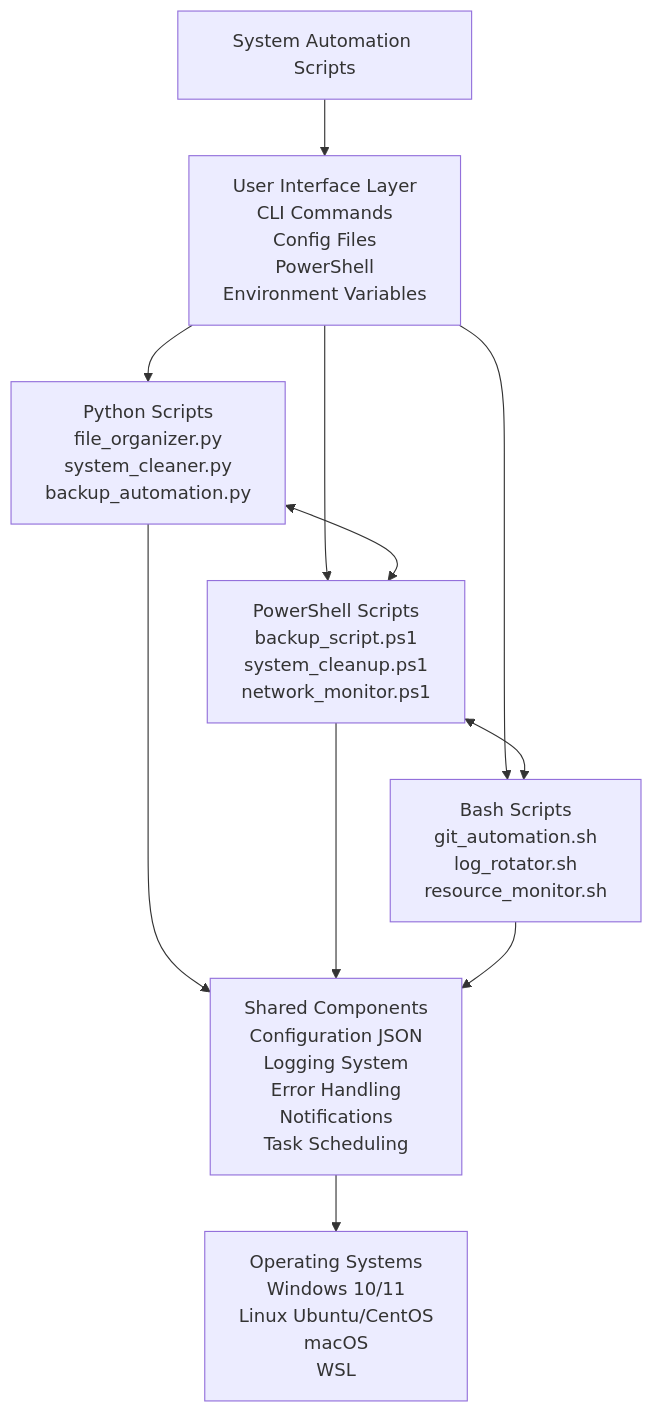
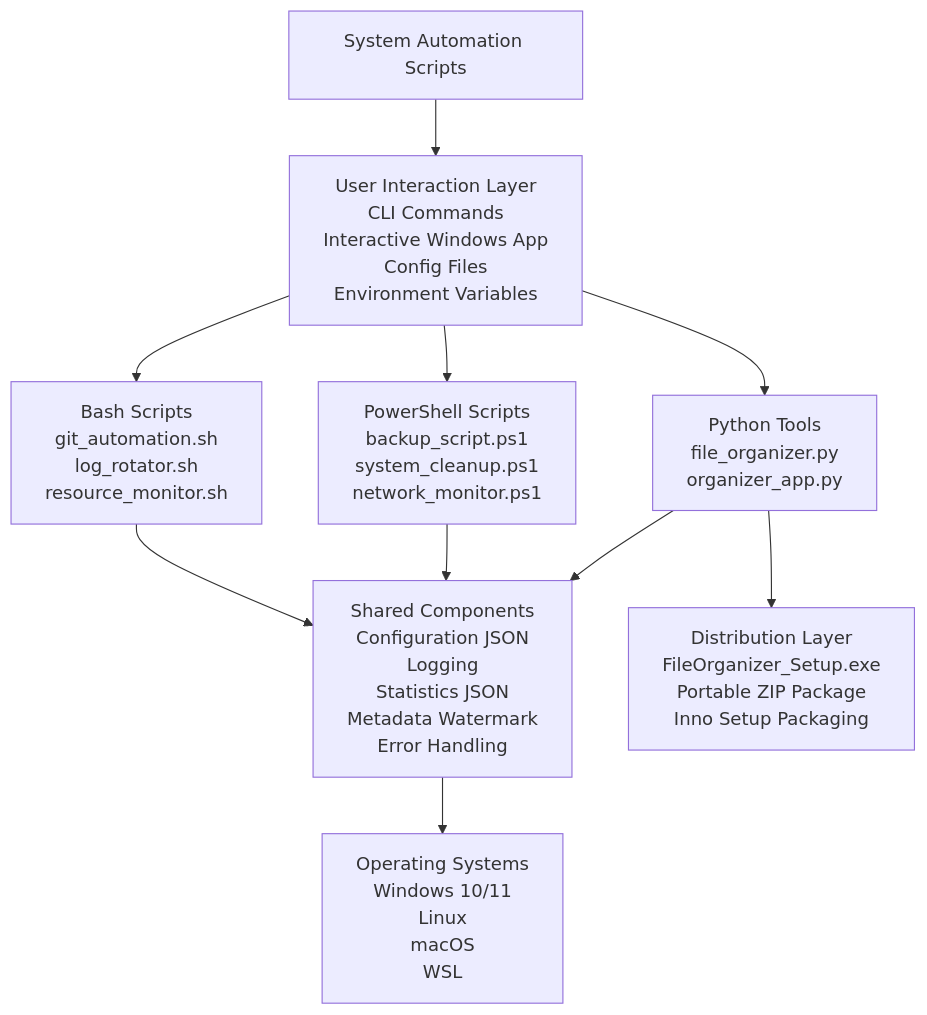
Before and after one commit to dianadesiree/system-automation-scripts: the diagram in README.md, drawn with Mermaid. The commit also changed other lines of this file, not shown here.

````diff
--- a/README.md
+++ b/README.md
@@ -91,27 +117,27 @@
 ```mermaid
 flowchart TD
     A[System Automation Scripts]
 
-    B[User Interface Layer<br/>CLI Commands<br/>Config Files<br/>PowerShell<br/>Environment Variables]
+    B[User Interaction Layer<br/>CLI Commands<br/>Interactive Windows App<br/>Config Files<br/>Environment Variables]
     A --> B
 
-    C[Python Scripts<br/>file_organizer.py<br/>system_cleaner.py<br/>backup_automation.py]
+    C[Python Tools<br/>file_organizer.py<br/>organizer_app.py]
     D[PowerShell Scripts<br/>backup_script.ps1<br/>system_cleanup.ps1<br/>network_monitor.ps1]
     E[Bash Scripts<br/>git_automation.sh<br/>log_rotator.sh<br/>resource_monitor.sh]
 
     B --> C
     B --> D
     B --> E
 
-    C <--> D
-    D <--> E
-
-    F[Shared Components<br/>Configuration JSON<br/>Logging System<br/>Error Handling<br/>Notifications<br/>Task Scheduling]
+    F[Shared Components<br/>Configuration JSON<br/>Logging<br/>Statistics JSON<br/>Metadata Watermark<br/>Error Handling]
 
     C --> F
     D --> F
     E --> F
 
-    G[Operating Systems<br/>Windows 10/11<br/>Linux Ubuntu/CentOS<br/>macOS<br/>WSL]
+    H[Distribution Layer<br/>FileOrganizer_Setup.exe<br/>Portable ZIP Package<br/>Inno Setup Packaging]
+    C --> H
+
+    G[Operating Systems<br/>Windows 10/11<br/>Linux<br/>macOS<br/>WSL]
     F --> G
 ```
````
